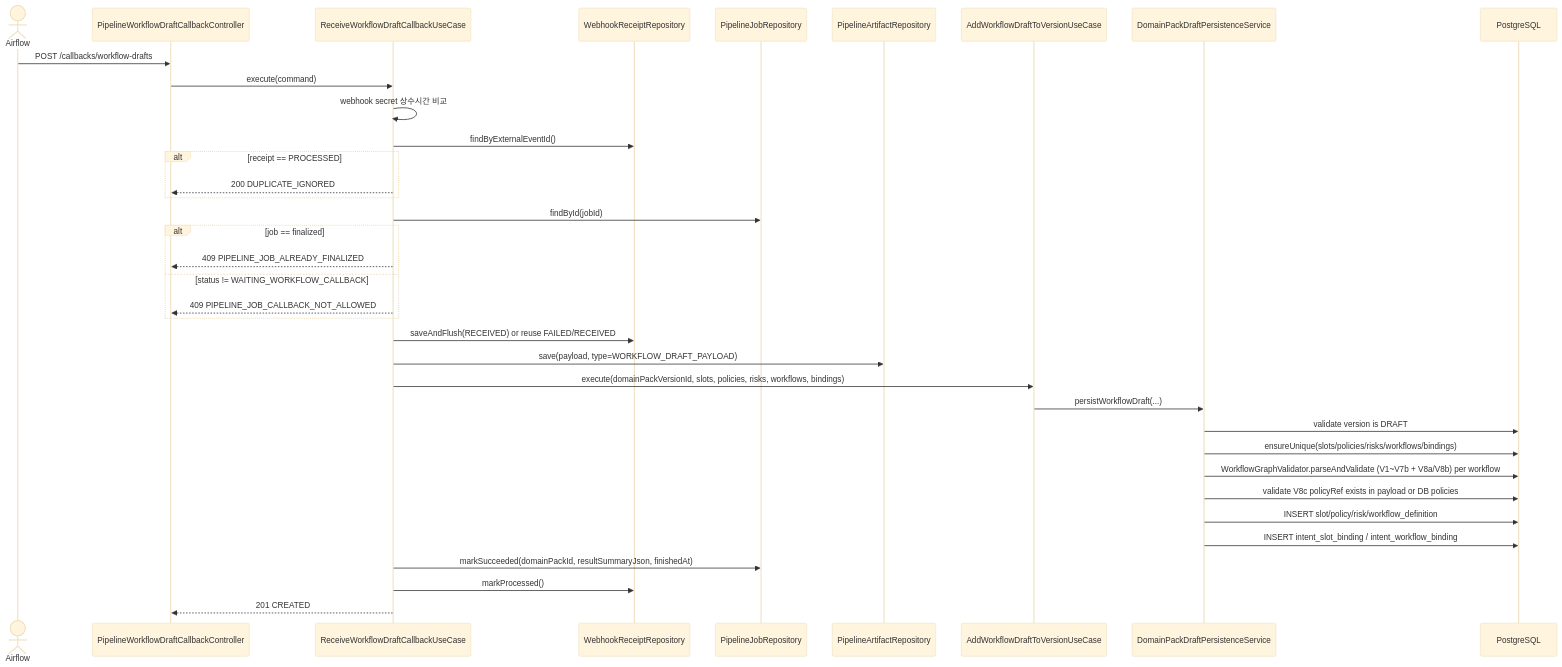
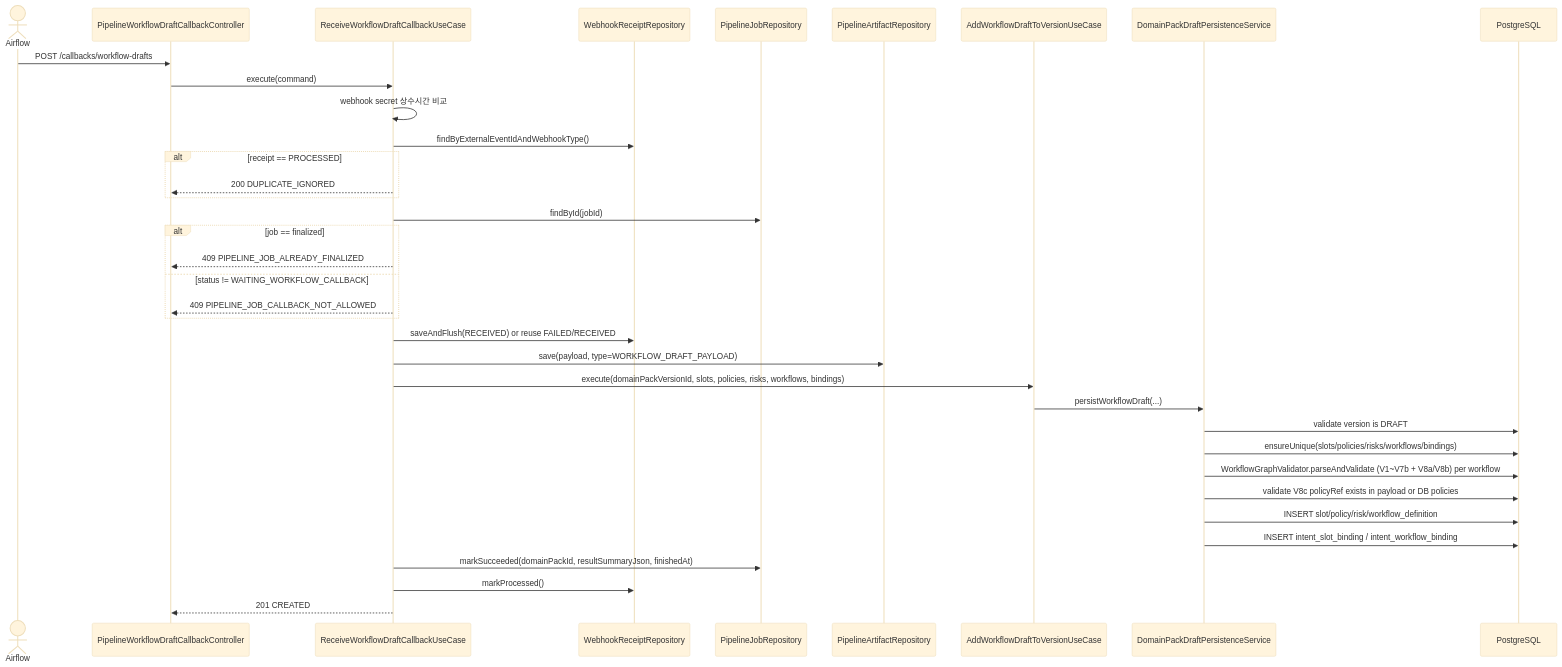
The second of 3 diagrams in .agent/specs/217.md (ajou-2026-1-capstone-5/ostone), drawn with Mermaid (base theme) before and after one commit. The commit also changed other lines of this file, not shown here.

````diff
--- a/.agent/specs/217.md
+++ b/.agent/specs/217.md
@@ -311,39 +311,39 @@
 ```mermaid
 sequenceDiagram
     actor airflow as Airflow
     participant ctrl as PipelineWorkflowDraftCallbackController
     participant cb as ReceiveWorkflowDraftCallbackUseCase
     participant receiptRepo as WebhookReceiptRepository
     participant jobRepo as PipelineJobRepository
     participant artifactRepo as PipelineArtifactRepository
     participant addUc as AddWorkflowDraftToVersionUseCase
     participant draftSvc as DomainPackDraftPersistenceService
     participant db as PostgreSQL
 
     airflow ->> ctrl: POST /callbacks/workflow-drafts
     ctrl ->> cb: execute(command)
     cb ->> cb: webhook secret 상수시간 비교
-    cb ->> receiptRepo: findByExternalEventId()
+    cb ->> receiptRepo: findByExternalEventIdAndWebhookType()
     alt receipt == PROCESSED
         cb -->> ctrl: 200 DUPLICATE_IGNORED
     end
     cb ->> jobRepo: findById(jobId)
     alt job == finalized
         cb -->> ctrl: 409 PIPELINE_JOB_ALREADY_FINALIZED
     else status != WAITING_WORKFLOW_CALLBACK
         cb -->> ctrl: 409 PIPELINE_JOB_CALLBACK_NOT_ALLOWED
     end
     cb ->> receiptRepo: saveAndFlush(RECEIVED) or reuse FAILED/RECEIVED
     cb ->> artifactRepo: save(payload, type=WORKFLOW_DRAFT_PAYLOAD)
     cb ->> addUc: execute(domainPackVersionId, slots, policies, risks, workflows, bindings)
     addUc ->> draftSvc: persistWorkflowDraft(...)
     draftSvc ->> db: validate version is DRAFT
     draftSvc ->> db: ensureUnique(slots/policies/risks/workflows/bindings)
     draftSvc ->> db: WorkflowGraphValidator.parseAndValidate (V1~V7b + V8a/V8b) per workflow
     draftSvc ->> db: validate V8c policyRef exists in payload or DB policies
     draftSvc ->> db: INSERT slot/policy/risk/workflow_definition
     draftSvc ->> db: INSERT intent_slot_binding / intent_workflow_binding
     cb ->> jobRepo: markSucceeded(domainPackId, resultSummaryJson, finishedAt)
     cb ->> receiptRepo: markProcessed()
     cb -->> ctrl: 201 CREATED
 ```
````
